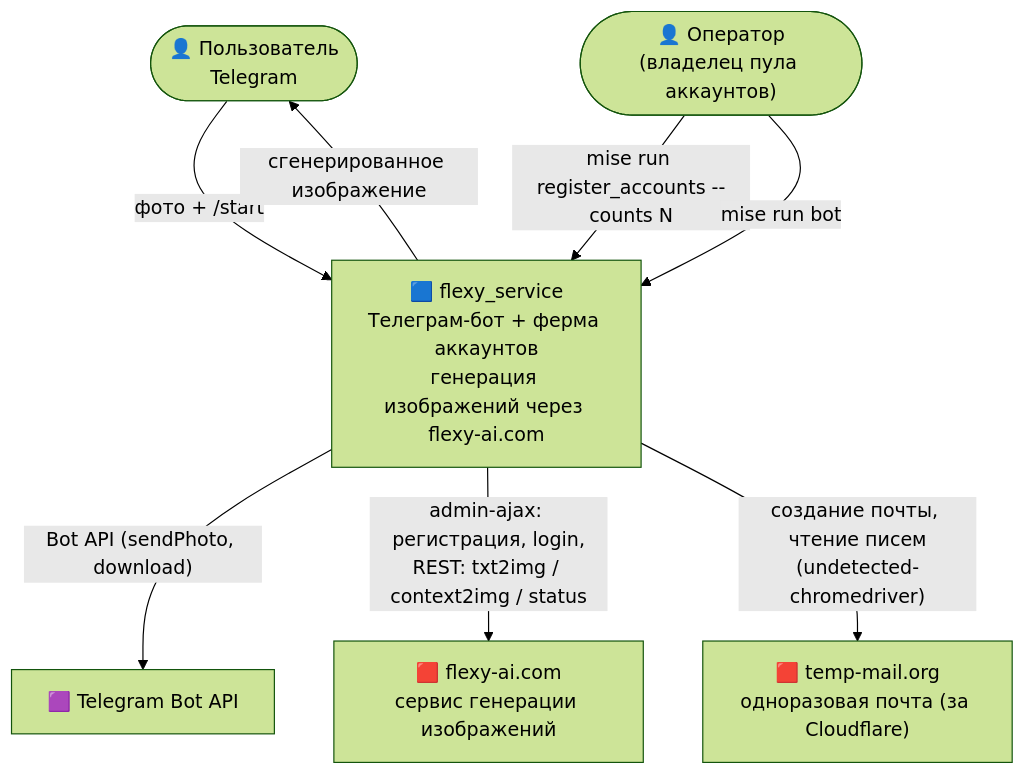
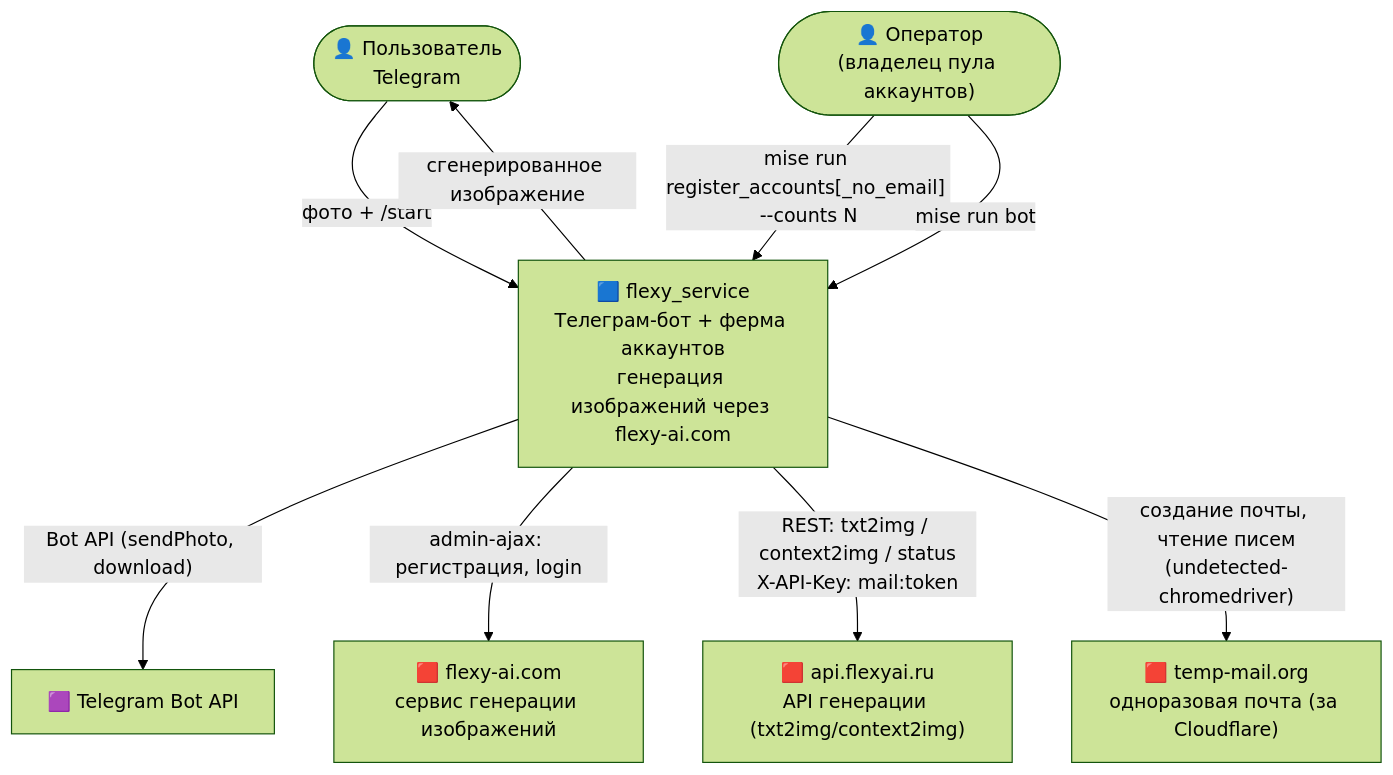
The first of 3 diagrams in docs/c4-model.md (slipynil/flexy-ai), drawn with Mermaid (forest theme) before and after one commit. The commit also changed other lines of this file and 2 other files, not shown here.

````diff
--- a/docs/c4-model.md
+++ b/docs/c4-model.md
@@ -13,21 +13,23 @@
 ```mermaid
 flowchart TB
     user(["👤 Пользователь<br/>Telegram"])
     admin(["👤 Оператор<br/>(владелец пула аккаунтов)"])
 
     system["🟦 flexy_service<br/>Телеграм-бот + ферма аккаунтов<br/>генерация изображений через flexy-ai.com"]
 
     telegram["🟪 Telegram Bot API"]
     flexy["🟥 flexy-ai.com<br/>сервис генерации изображений"]
+    genapi["🟥 api.flexyai.ru<br/>API генерации (txt2img/context2img)"]
     tempmail["🟥 temp-mail.org<br/>одноразовая почта (за Cloudflare)"]
 
     user -->|"фото + /start"| system
     system -->|"сгенерированное изображение"| user
 
-    admin -->|"mise run register_accounts --counts N"| system
+    admin -->|"mise run register_accounts[_no_email] --counts N"| system
     admin -->|"mise run bot"| system
 
     system -->|"Bot API (sendPhoto, download)"| telegram
-    system -->|"admin-ajax: регистрация, login,<br/>REST: txt2img / context2img / status"| flexy
+    system -->|"admin-ajax: регистрация, login"| flexy
+    system -->|"REST: txt2img / context2img / status<br/>X-API-Key: mail:token"| genapi
     system -->|"создание почты, чтение писем<br/>(undetected-chromedriver)"| tempmail
 ```
````
